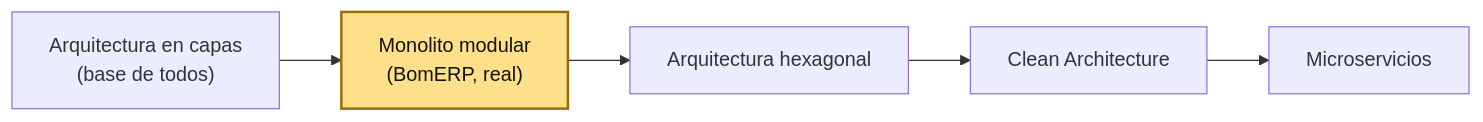
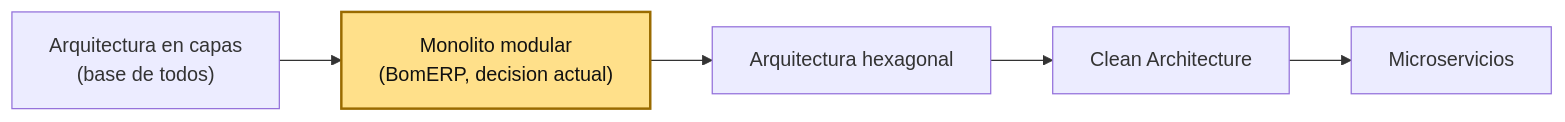
Before and after one commit to 262ciclo4/bomerp: the third of 9 diagrams in docs/ads/sesiones/S04_Arquitecturas_Modernas.md, drawn with Mermaid. The commit also changed other lines of this file, not shown here.

````diff
--- a/docs/ads/sesiones/S04_Arquitecturas_Modernas.md
+++ b/docs/ads/sesiones/S04_Arquitecturas_Modernas.md
@@ -125,13 +125,13 @@
 ```mermaid
 flowchart LR
     Capas["Arquitectura en capas<br/>(base de todos)"]
-    Mono["Monolito modular<br/>(BomERP, real)"]
+    Mono["Monolito modular<br/>(BomERP, decision actual)"]
     Hex["Arquitectura hexagonal"]
     Clean["Clean Architecture"]
     Micro["Microservicios"]
 
     Capas --> Mono --> Hex --> Clean --> Micro
 
     classDef real fill:#ffe08a,stroke:#9a6b00,stroke-width:2px,color:#111;
     class Mono real;
 ```
````
